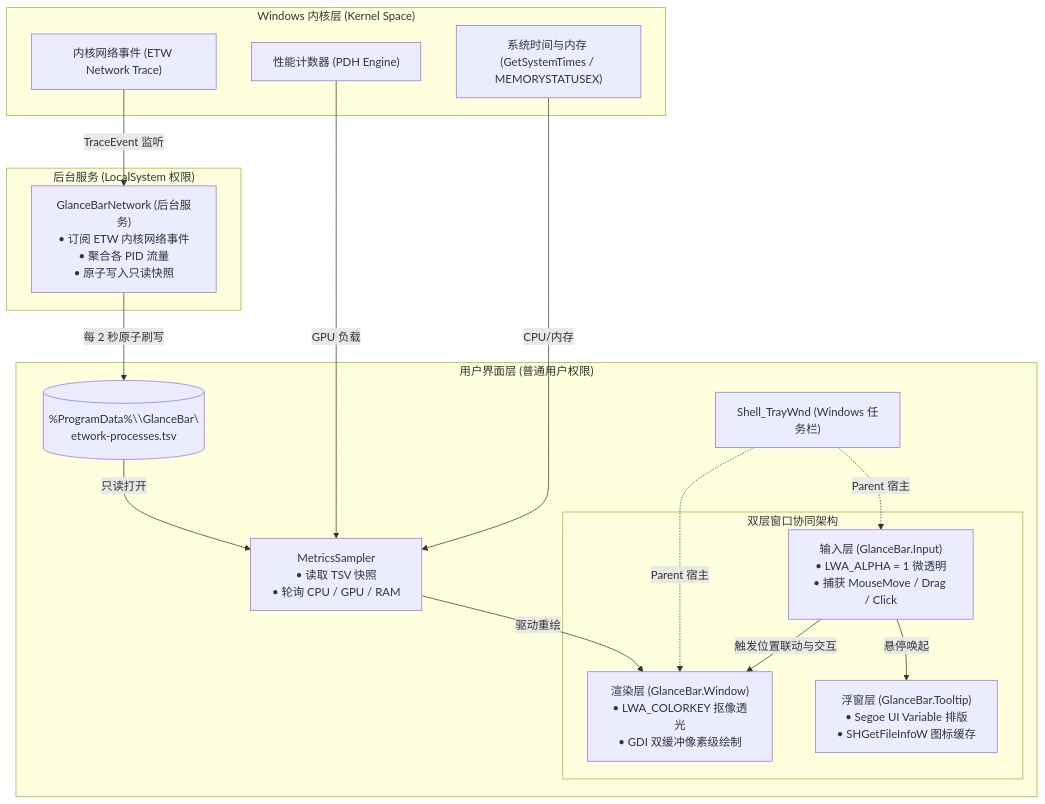
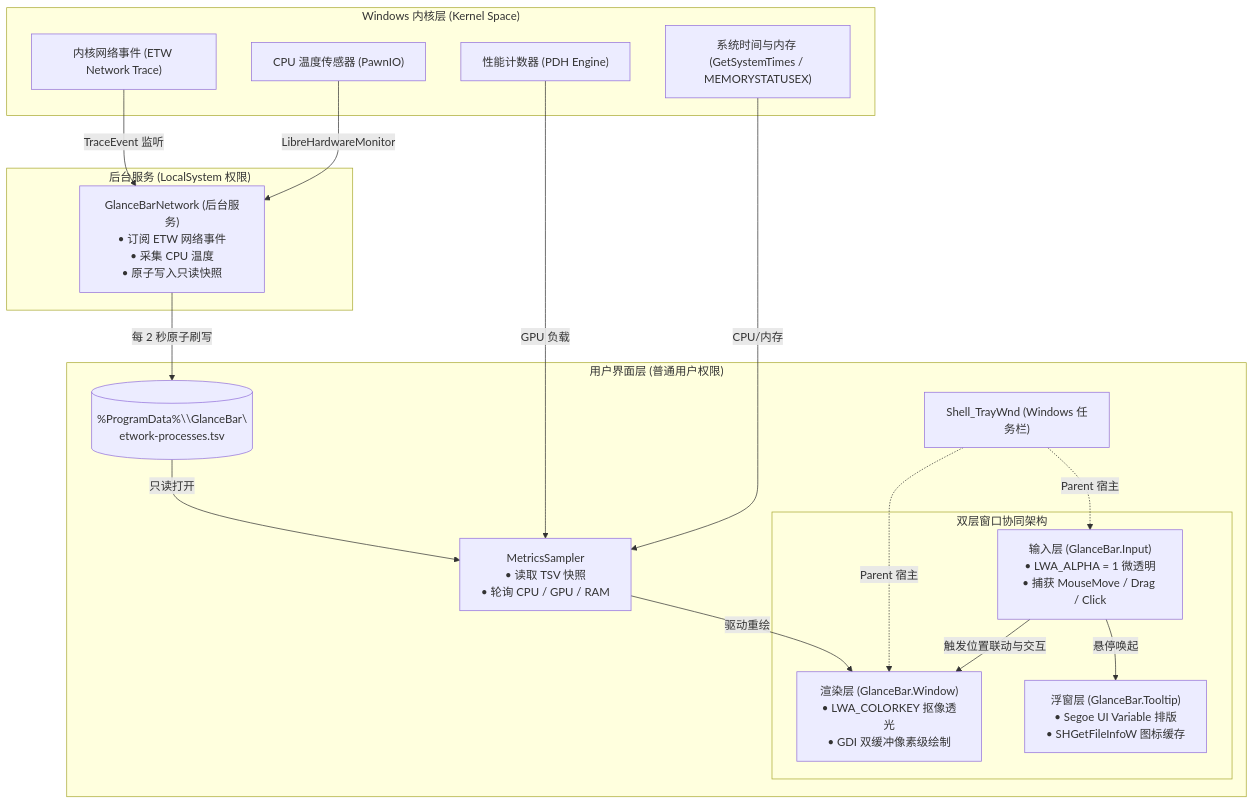
One commit to forbidden-game/GlanceBar changed the second of 2 diagrams in README.md. Above: the diagram before and after it, drawn with Mermaid. The commit also changed other lines of this file and 10 other files, not shown here.

````diff
--- a/README.md
+++ b/README.md
@@ -163,35 +162,37 @@
 ```mermaid
 flowchart TD
     subgraph KernelSpace ["Windows 内核层 (Kernel Space)"]
         ETW["内核网络事件 (ETW Network Trace)"]
         PDH["性能计数器 (PDH Engine)"]
         SYS["系统时间与内存 (GetSystemTimes / MEMORYSTATUSEX)"]
+        CPU["CPU 温度传感器 (PawnIO)"]
     end
 
     subgraph ServiceSpace ["后台服务 (LocalSystem 权限)"]
-        SVC["GlanceBarNetwork (后台服务)\n• 订阅 ETW 内核网络事件\n• 聚合各 PID 流量\n• 原子写入只读快照"]
+        SVC["GlanceBarNetwork (后台服务)\n• 订阅 ETW 网络事件\n• 采集 CPU 温度\n• 原子写入只读快照"]
     end
 
     subgraph UserSpace ["用户界面层 (普通用户权限)"]
         TSV[("%ProgramData%\\GlanceBar\\network-processes.tsv")]
         SAMPLER["MetricsSampler\n• 读取 TSV 快照\n• 轮询 CPU / GPU / RAM"]
         SHELL["Shell_TrayWnd (Windows 任务栏)"]
         
         subgraph WindowDual ["双层窗口协同架构"]
             RENDER["渲染层 (GlanceBar.Window)\n• LWA_COLORKEY 抠像透光\n• GDI 双缓冲像素级绘制"]
             INPUT["输入层 (GlanceBar.Input)\n• LWA_ALPHA = 1 微透明\n• 捕获 MouseMove / Drag / Click"]
             TOOLTIP["浮窗层 (GlanceBar.Tooltip)\n• Segoe UI Variable 排版\n• SHGetFileInfoW 图标缓存"]
         end
     end
 
     ETW -->|TraceEvent 监听| SVC
+    CPU -->|LibreHardwareMonitor| SVC
     SVC -->|每 2 秒原子刷写| TSV
     TSV -->|只读打开| SAMPLER
     PDH -->|GPU 负载| SAMPLER
     SYS -->|CPU/内存| SAMPLER
     SAMPLER -->|驱动重绘| RENDER
     SHELL -.->|Parent 宿主| RENDER
     SHELL -.->|Parent 宿主| INPUT
     INPUT -->|触发位置联动与交互| RENDER
     INPUT -->|悬停唤起| TOOLTIP
 ```
````
